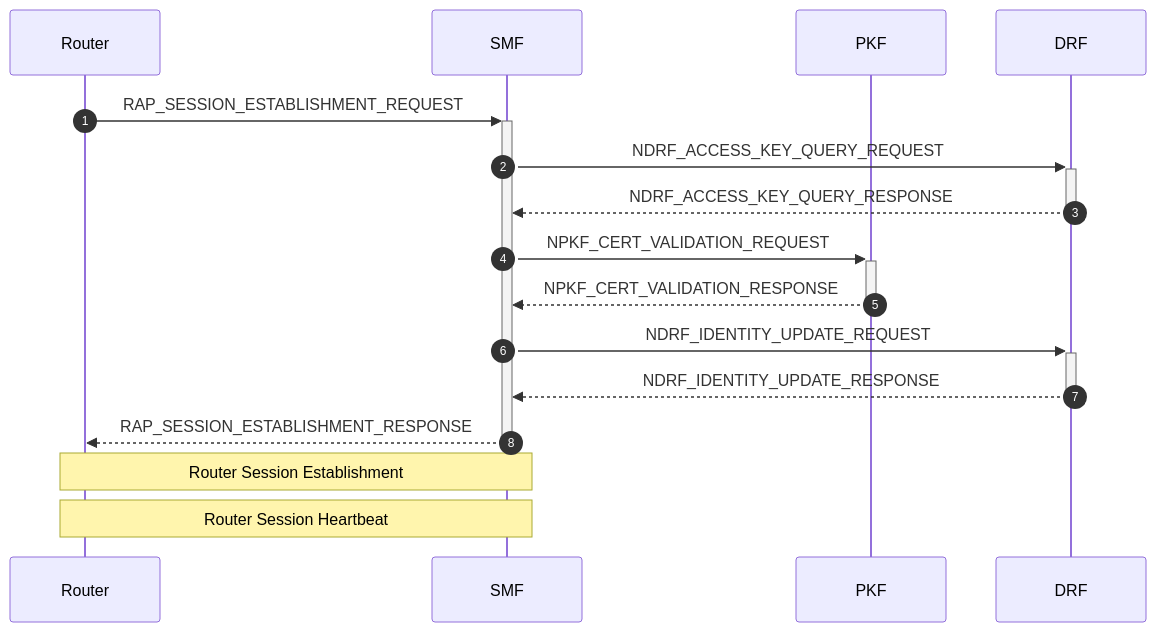
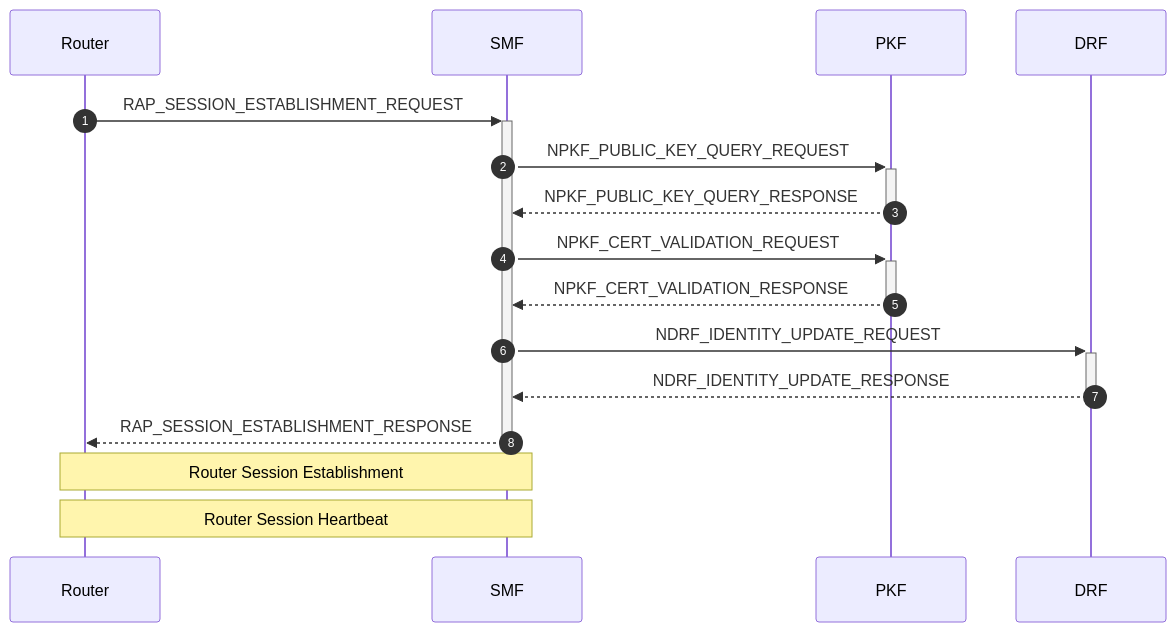
One commit to veil-link/veilink changed the ninth of 23 diagrams in doc/doc-spec/00-series-general/00.002-procedure.md. Above: the diagram before and after it, drawn with Mermaid. The commit also changed other lines of this file and 2 other files, not shown here.

Commit message:
chore: remove access key with access public/private key

````diff
--- a/doc/doc-spec/00-series-general/00.002-procedure.md
+++ b/doc/doc-spec/00-series-general/00.002-procedure.md
@@ -205,21 +209,21 @@
 ```mermaid
 sequenceDiagram
     autonumber
 
     participant rt as Router
     participant smf as SMF
     participant pkf as PKF
     participant drf as DRF
 
     rt ->>+ smf: RAP_SESSION_ESTABLISHMENT_REQUEST
-    smf ->>+ drf: NDRF_ACCESS_KEY_QUERY_REQUEST
-    drf -->>- smf: NDRF_ACCESS_KEY_QUERY_RESPONSE
+    smf ->>+ pkf: NPKF_PUBLIC_KEY_QUERY_REQUEST
+    pkf -->>- smf: NPKF_PUBLIC_KEY_QUERY_RESPONSE
     smf ->>+ pkf: NPKF_CERT_VALIDATION_REQUEST
     pkf -->>- smf: NPKF_CERT_VALIDATION_RESPONSE
     smf ->>+ drf: NDRF_IDENTITY_UPDATE_REQUEST
     drf -->>- smf: NDRF_IDENTITY_UPDATE_RESPONSE
     smf -->>- rt: RAP_SESSION_ESTABLISHMENT_RESPONSE
 
     Note over rt, smf: Router Session Establishment
     Note over rt, smf: Router Session Heartbeat
 ```
````
